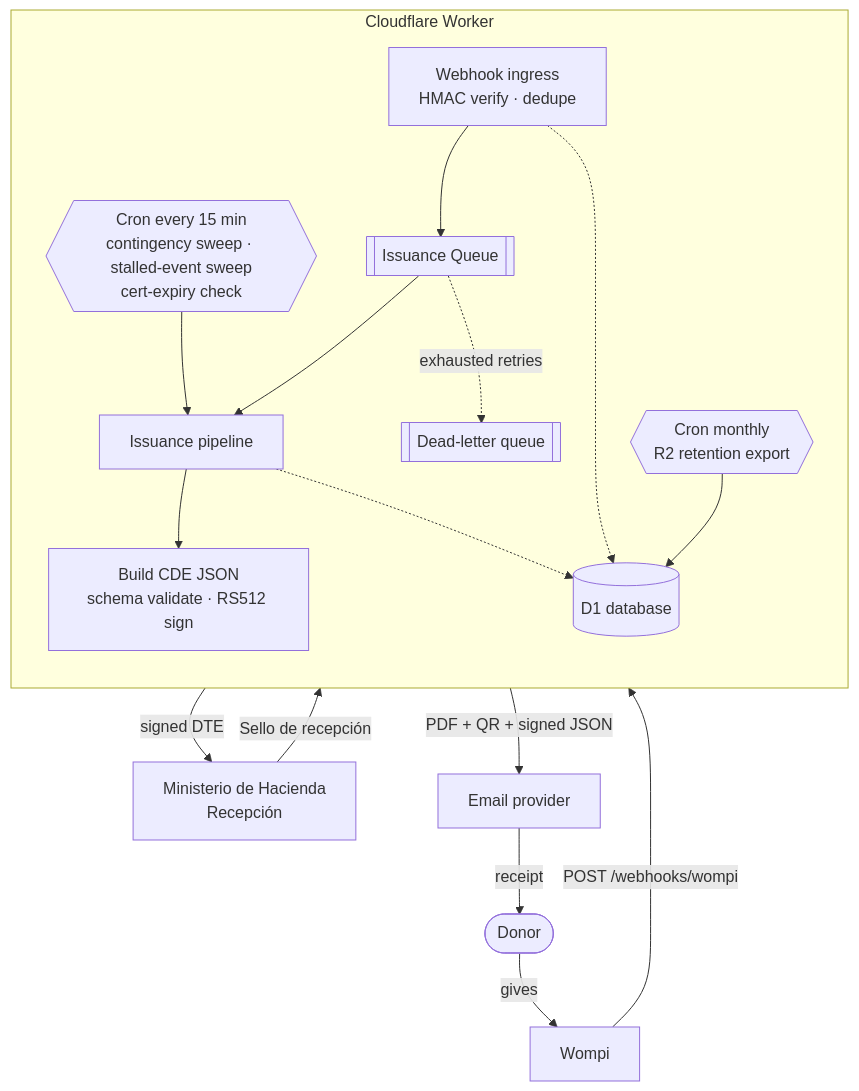
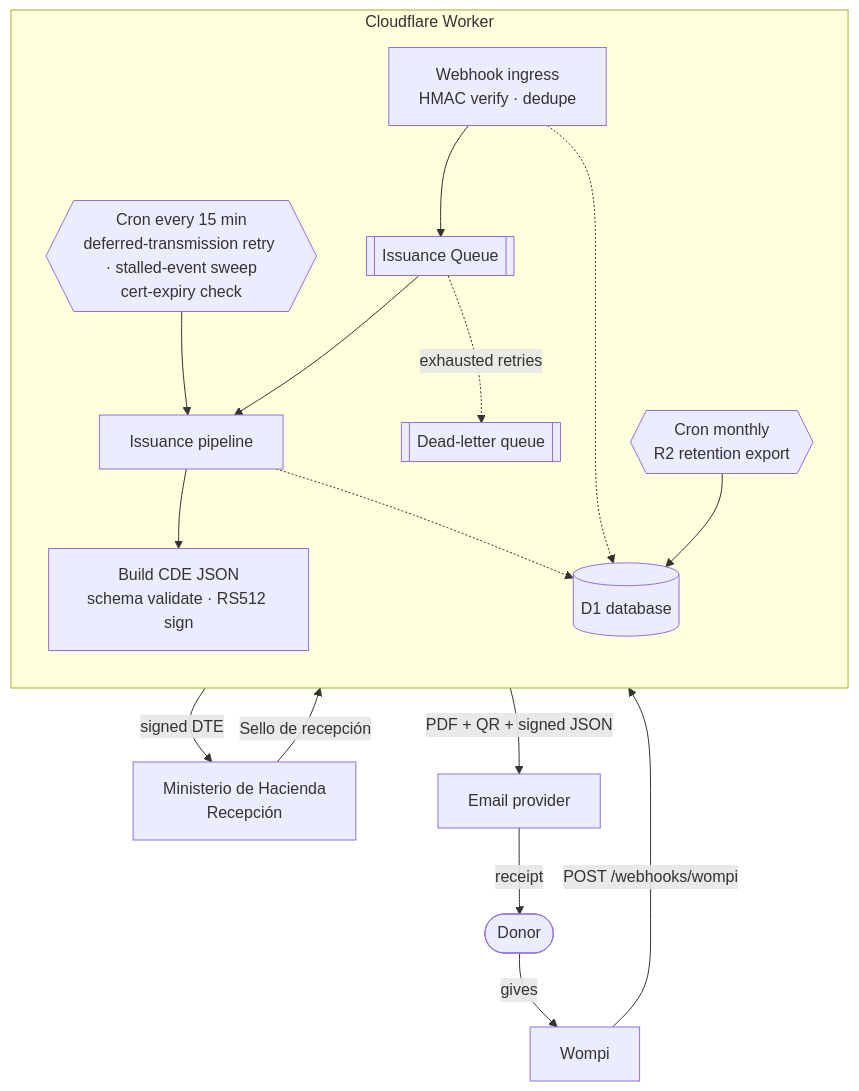
Before and after one commit to jomplox/DiezmosSV: the first of 2 diagrams in README.md, drawn with Mermaid. The commit also changed other lines of this file and 22 other files, not shown here.

First line of the commit message:
Replace CDE contingency emission with deferred transmission

````diff
--- a/README.md
+++ b/README.md
@@ -98,23 +98,23 @@
 ```mermaid
 flowchart TB
     Donor(["Donor"]) -->|gives| Wompi["Wompi"]
     Wompi -->|"POST /webhooks/wompi"| Ingress
 
     subgraph CF["Cloudflare Worker"]
         direction TB
         Ingress["Webhook ingress<br/>HMAC verify · dedupe"] --> Q[["Issuance Queue"]]
         Q --> Pipe["Issuance pipeline"]
         Q -. exhausted retries .-> DLQ[["Dead-letter queue"]]
         Pipe --> Build["Build CDE JSON<br/>schema validate · RS512 sign"]
-        Cron{{"Cron every 15 min<br/>contingency sweep · stalled-event sweep<br/>cert-expiry check"}} --> Pipe
+        Cron{{"Cron every 15 min<br/>deferred-transmission retry · stalled-event sweep<br/>cert-expiry check"}} --> Pipe
         Retention{{"Cron monthly<br/>R2 retention export"}} --> DB
         DB[("D1 database")]
     end
 
     Build -->|signed DTE| MH["Ministerio de Hacienda<br/>Recepción"]
     MH -->|Sello de recepción| Pipe
     Pipe -->|PDF + QR + signed JSON| Mail["Email provider"]
     Mail -->|receipt| Donor
     Ingress -.-> DB
     Pipe -.-> DB
 ```
````
